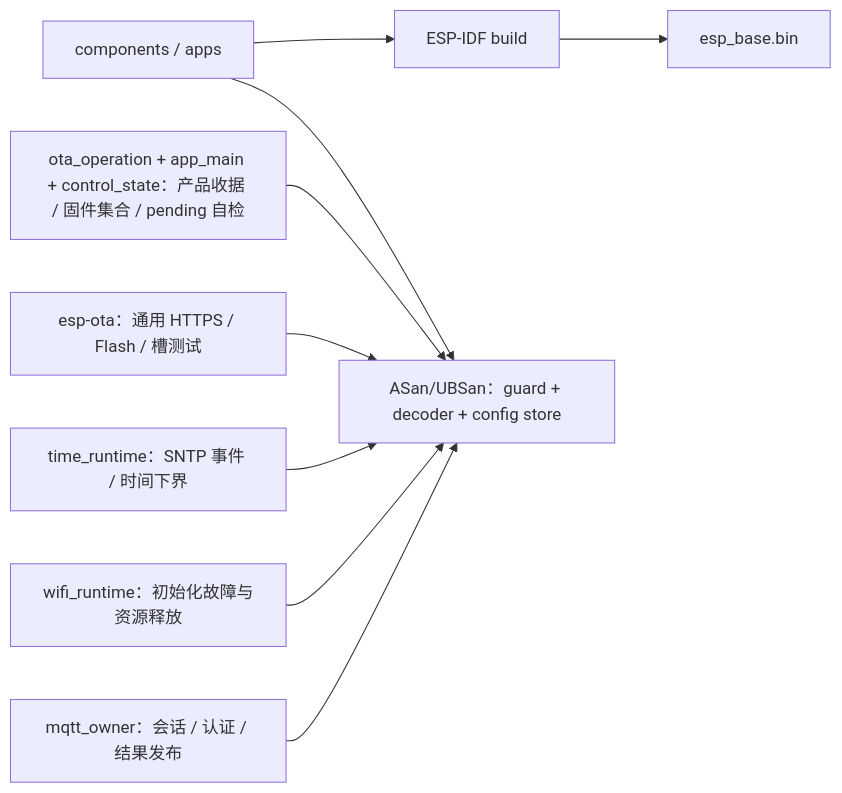
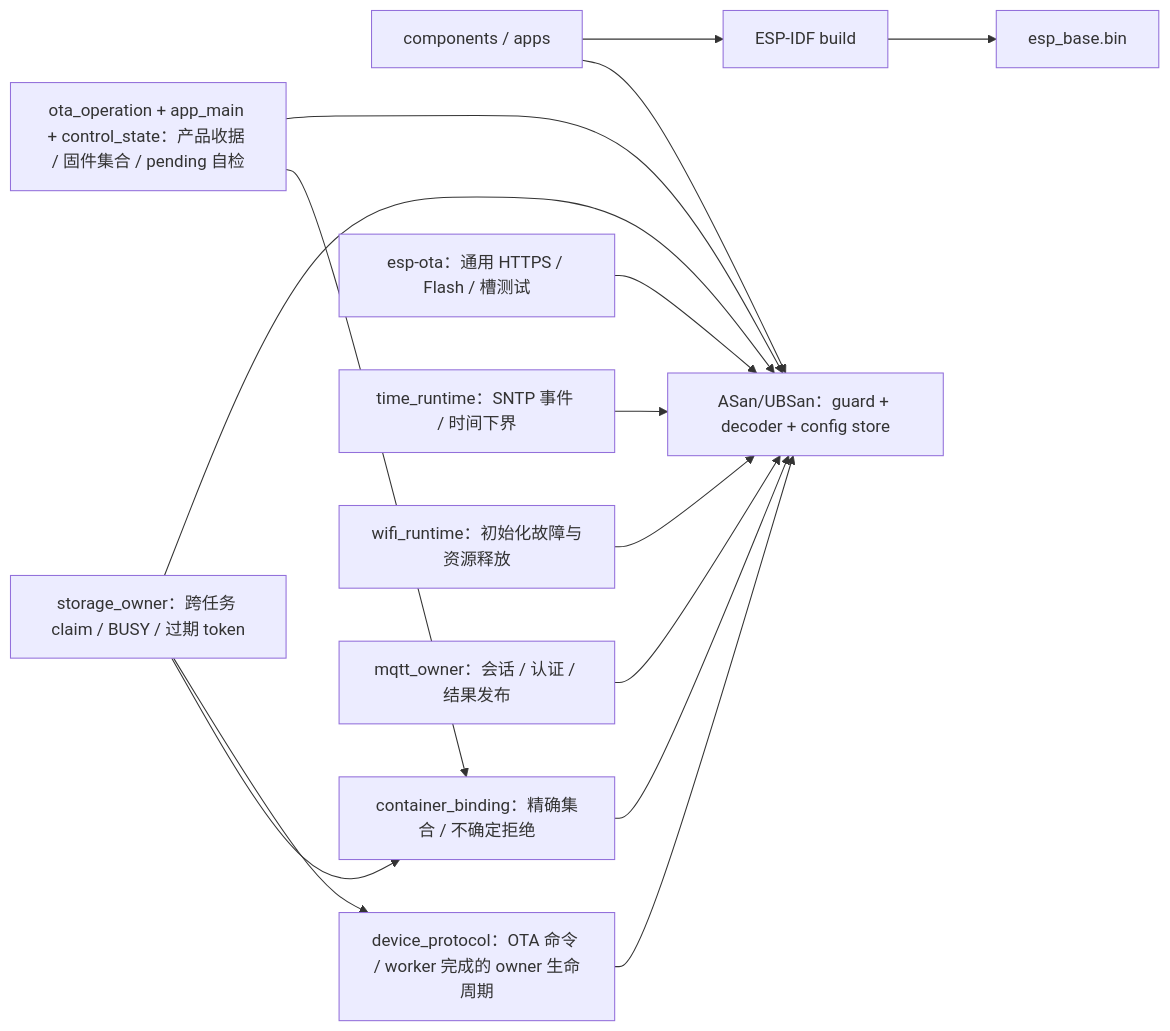
Before and after one commit to darren-you/esp-base: the diagram in firmware/tests/README.md, drawn with Mermaid. The commit also changed other lines of this file and 28 other files, not shown here.

Commit message:
接入 Base 启动与 OTA 串行所有者及 Container 固件集合适配

````diff
--- a/firmware/tests/README.md
+++ b/firmware/tests/README.md
@@ -21,11 +23,17 @@
 ```mermaid
 flowchart LR
     sources["components / apps"] --> idf["ESP-IDF build"]
     sources --> host["ASan/UBSan：guard + decoder + config store"]
     ota["ota_operation + app_main + control_state：产品收据 / 固件集合 / pending 自检"] --> host
+    owner["storage_owner：跨任务 claim / BUSY / 过期 token"] --> host
+    protocol["device_protocol：OTA 命令 / worker 完成的 owner 生命周期"] --> host
+    owner --> protocol
+    binding["container_binding：精确集合 / 不确定拒绝"] --> host
+    owner --> binding
+    ota --> binding
     library["esp-ota：通用 HTTPS / Flash / 槽测试"] --> host
     time["time_runtime：SNTP 事件 / 时间下界"] --> host
     wifi["wifi_runtime：初始化故障与资源释放"] --> host
     mqtt["mqtt_owner：会话 / 认证 / 结果发布"] --> host
     idf --> image["esp_base.bin"]
 ```
````
